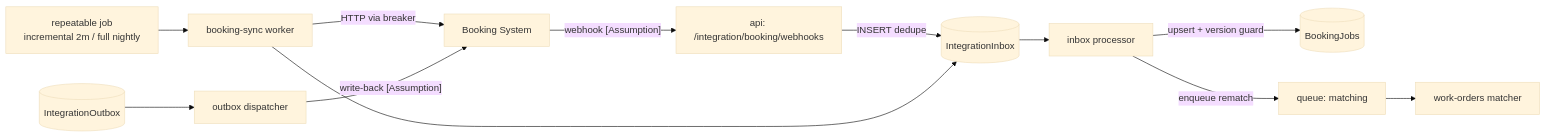
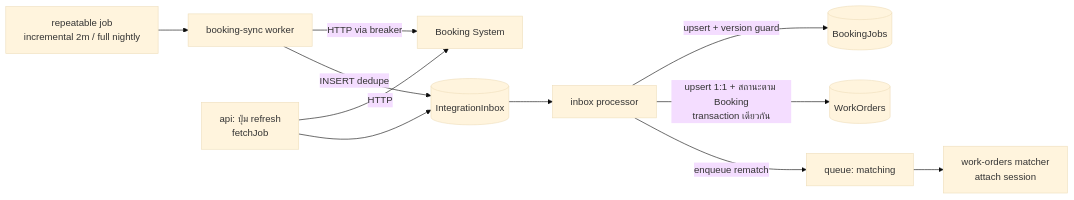
The sixth of 6 diagrams in docs/blueprint/02-system-architecture.md (b-werayut/psd-bodycam-v1.0), drawn with Mermaid (base theme) before and after one commit. The commit also changed other lines of this file and 304 other files, not shown here.

````diff
--- a/docs/blueprint/02-system-architecture.md
+++ b/docs/blueprint/02-system-architecture.md
@@ -206,13 +217,13 @@
 ```mermaid
 flowchart LR
-  BOOK["Booking System"] -- "webhook [Assumption]" --> WH["api: /integration/booking/webhooks"]
-  WH -- "INSERT dedupe" --> IN[("IntegrationInbox")]
   SCH["repeatable job<br/>incremental 2m / full nightly"] --> SYNC["booking-sync worker"]
-  SYNC -- "HTTP via breaker" --> BOOK
-  SYNC --> IN
+  REF["api: ปุ่ม refresh<br/>fetchJob"] -- "HTTP" --> BOOK
+  SYNC -- "HTTP via breaker" --> BOOK["Booking System"]
+  SYNC -- "INSERT dedupe" --> IN[("IntegrationInbox")]
+  REF --> IN
   IN --> PROC["inbox processor"]
   PROC -- "upsert + version guard" --> BJ[("BookingJobs")]
+  PROC -- "upsert 1:1 + สถานะตาม Booking<br/>transaction เดียวกัน" --> WO[("WorkOrders")]
   PROC -- "enqueue rematch" --> Q["queue: matching"]
-  Q --> WOM["work-orders matcher"]
-  OB[("IntegrationOutbox")] --> DISP["outbox dispatcher"] -- "write-back [Assumption]" --> BOOK
+  Q --> WOM["work-orders matcher<br/>attach session"]
 ```
````
